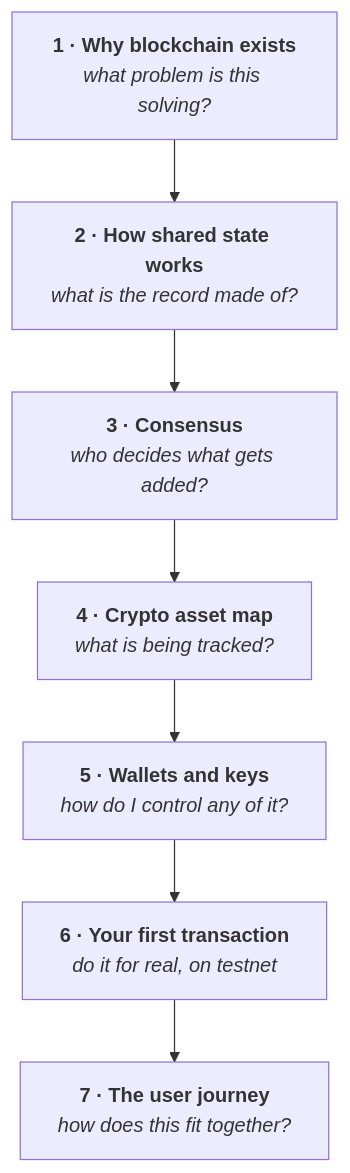
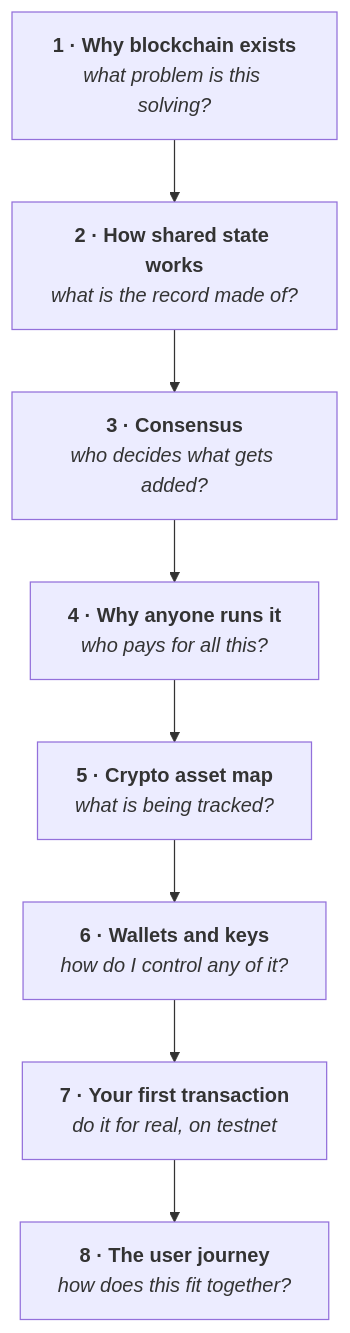
One commit to Blockchain-NTU-SG/academy-handbook changed the diagram in docs/curriculum/week-1/README.md. Above: the diagram before and after it, drawn with Mermaid. The commit also changed other lines of this file and 17 other files, not shown here.

````diff
--- a/docs/curriculum/week-1/README.md
+++ b/docs/curriculum/week-1/README.md
@@ -28,11 +29,12 @@
 ```mermaid
 flowchart TD
   P1["<b>1 · Why blockchain exists</b><br/><i>what problem is this solving?</i>"]
   P2["<b>2 · How shared state works</b><br/><i>what is the record made of?</i>"]
   P3["<b>3 · Consensus</b><br/><i>who decides what gets added?</i>"]
-  P4["<b>4 · Crypto asset map</b><br/><i>what is being tracked?</i>"]
-  P5["<b>5 · Wallets and keys</b><br/><i>how do I control any of it?</i>"]
-  P6["<b>6 · Your first transaction</b><br/><i>do it for real, on testnet</i>"]
-  P7["<b>7 · The user journey</b><br/><i>how does this fit together?</i>"]
-  P1 --> P2 --> P3 --> P4 --> P5 --> P6 --> P7
+  P4["<b>4 · Why anyone runs it</b><br/><i>who pays for all this?</i>"]
+  P5["<b>5 · Crypto asset map</b><br/><i>what is being tracked?</i>"]
+  P6["<b>6 · Wallets and keys</b><br/><i>how do I control any of it?</i>"]
+  P7["<b>7 · Your first transaction</b><br/><i>do it for real, on testnet</i>"]
+  P8["<b>8 · The user journey</b><br/><i>how does this fit together?</i>"]
+  P1 --> P2 --> P3 --> P4 --> P5 --> P6 --> P7 --> P8
 ```
````
